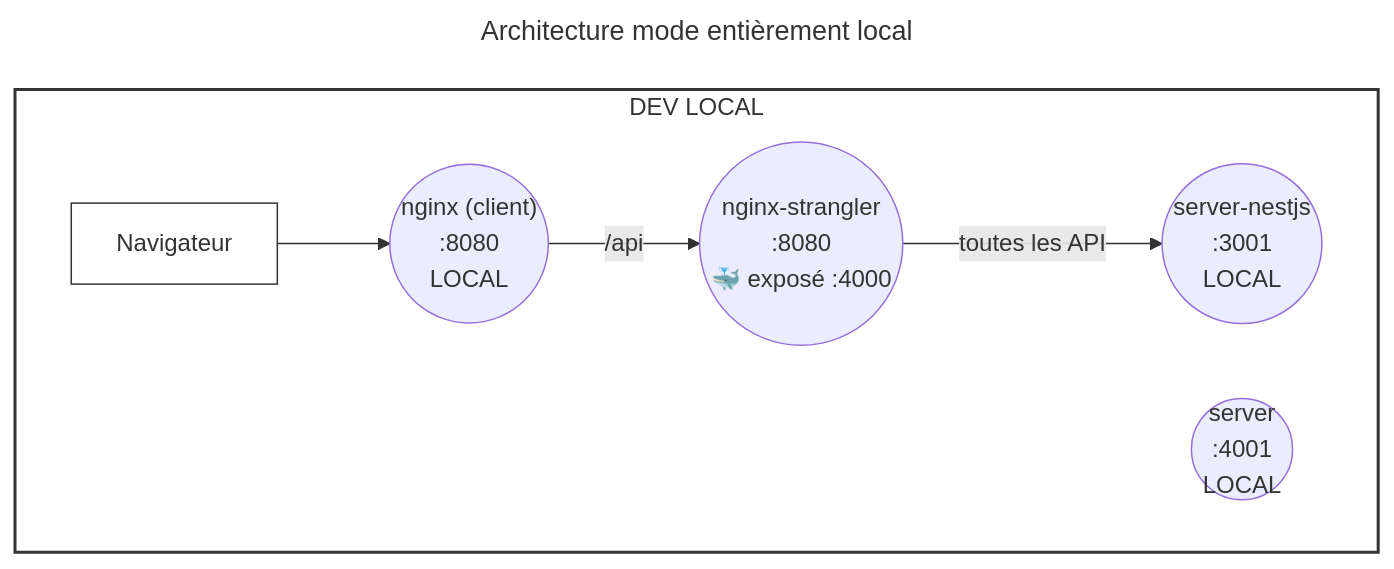
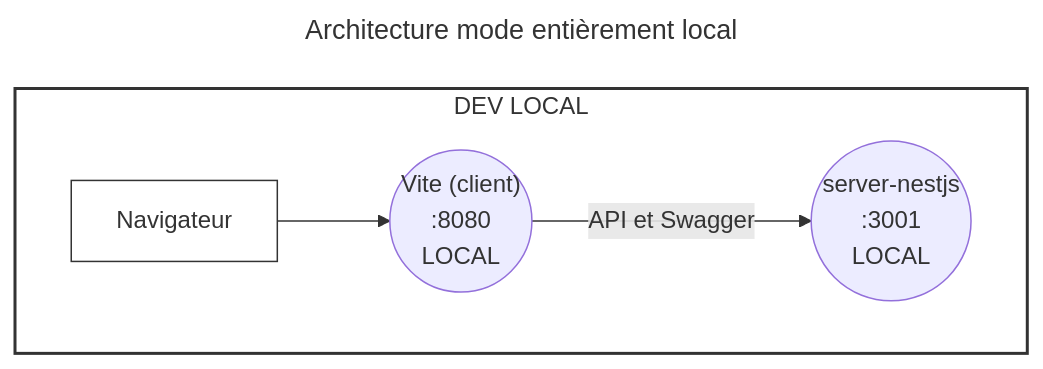
The first of 2 diagrams in ENVIRONMENTS.md (cloud-pi-native/console), drawn with Mermaid before and after one commit. The commit also changed other lines of this file and 33 other files, not shown here.

````diff
--- a/ENVIRONMENTS.md
+++ b/ENVIRONMENTS.md
@@ -67,22 +56,19 @@
 ```mermaid
 ---
 title: Architecture mode entièrement local
 ---
 graph LR
 
   subgraph DEV_LOCAL["DEV LOCAL"]
     direction LR
     NAV_L["Navigateur"]
-    NGINX_L(("nginx (client)\n:8080\nLOCAL"))
-    STRANGLER_L(("nginx-strangler\n:8080\n🐳 exposé :4000"))
-    SERVER_L(("server\n:4001\nLOCAL"))
+    NGINX_L(("Vite (client)\n:8080\nLOCAL"))
     NESTJS_L(("server-nestjs\n:3001\nLOCAL"))
 
     NAV_L --> NGINX_L
-    NGINX_L -- "/api" --> STRANGLER_L
-    STRANGLER_L -- "toutes les API" --> NESTJS_L
+    NGINX_L -- "API et Swagger" --> NESTJS_L
   end
 
   style DEV_LOCAL fill:#fff,stroke:#333,stroke-width:2px
   style NAV_L fill:#fff,stroke:#333
 ```
````
